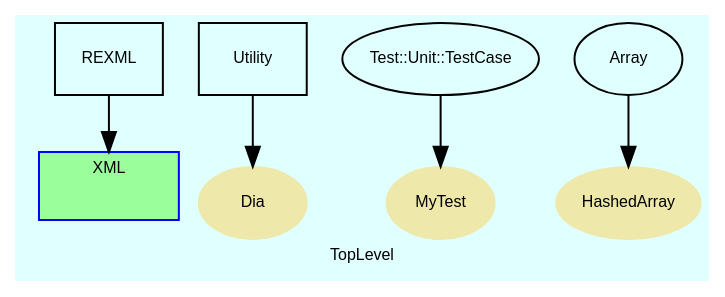
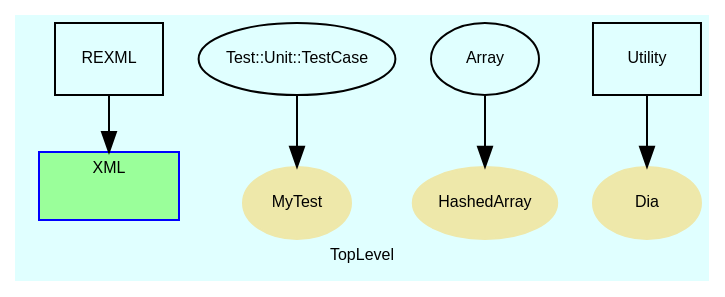
One commit to noda50/RubyItk changed the diagram in doc/dot/f_1.dot. Above: the diagram before and after it, drawn with Graphviz. The commit also changed 320 other files, not shown here.

```diff
--- a/doc/dot/f_1.dot
+++ b/doc/dot/f_1.dot
@@ -1,94 +1,94 @@
 digraph TopLevel {
+    label = "TopLevel"
     fontname = Arial
+    bgcolor = lightcyan1
     fontsize = 8
     compound = true
-    bgcolor = lightcyan1
-    label = "TopLevel"
     node [
+        color = black,
         fontname = Arial,
-        fontsize = 8,
-        color = black
+        fontsize = 8
     ]
 
     subgraph cluster_XML {
-        URL = "classes/XML.html"
-        fontname = Arial
-        fillcolor = palegreen1
         color = blue
         label = "XML"
+        fontname = Arial
+        URL = "classes/XML.html"
+        fillcolor = palegreen1
         style = filled
         XML [
             width = 0.75,
             shape = plaintext,
             height = 0.01,
             label = ""
         ]
 
     }
 
     REXML [
+        shape = box,
         URL = "classes/REXML.html",
-        shape = box,
         label = "REXML"
     ]
 
     REXML -> XML [
         lhead = cluster_XML
     ]
 
-    Dia [
-        URL = "classes/Dia.html",
+    MyTest [
+        color = palegoldenrod,
+        shape = ellipse,
         fontcolor = black,
-        shape = ellipse,
-        color = palegoldenrod,
-        style = filled,
-        label = "Dia"
-    ]
-
-    MyTest [
         URL = "classes/MyTest.html",
-        fontcolor = black,
-        shape = ellipse,
-        color = palegoldenrod,
         style = filled,
         label = "MyTest"
     ]
 
     HashedArray [
+        color = palegoldenrod,
+        shape = ellipse,
+        fontcolor = black,
         URL = "classes/HashedArray.html",
-        fontcolor = black,
-        shape = ellipse,
-        color = palegoldenrod,
         style = filled,
         label = "HashedArray"
     ]
 
-    Utility [
-        URL = "classes/Utility.html",
-        shape = box,
-        label = "Utility"
-    ]
-
-    Utility -> Dia [
-
+    Dia [
+        color = palegoldenrod,
+        shape = ellipse,
+        fontcolor = black,
+        URL = "classes/Dia.html",
+        style = filled,
+        label = "Dia"
     ]
 
     Test__Unit__TestCase [
         URL = "classes/Test/Unit/TestCase.html",
         label = "Test::Unit::TestCase"
     ]
 
     Test__Unit__TestCase -> MyTest [
 
     ]
 
     Array [
         URL = "classes/Array.html",
         label = "Array"
     ]
 
     Array -> HashedArray [
 
     ]
 
+    Utility [
+        shape = box,
+        URL = "classes/Utility.html",
+        label = "Utility"
+    ]
+
+    Utility -> Dia [
+
+    ]
+
 }
```
